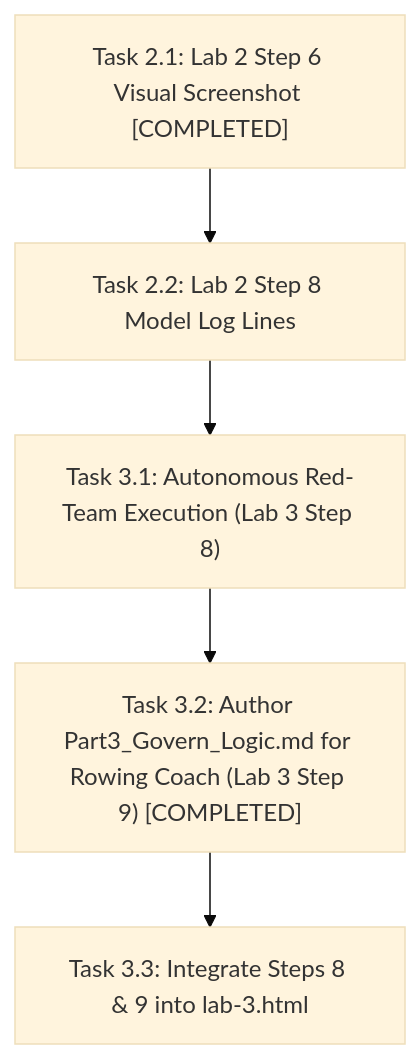
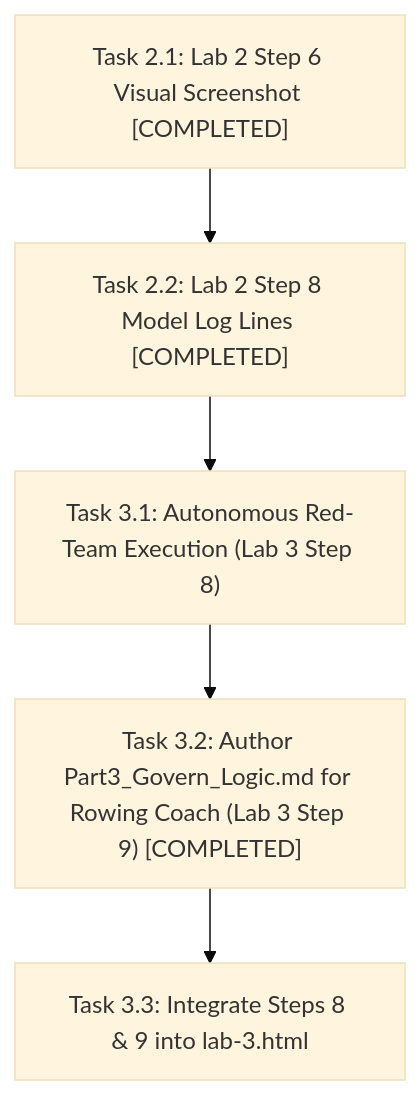
Before and after one commit to duncmon/ai-devcamp-labs: the diagram in PROGRESS.md, drawn with Mermaid (base theme). The commit also changed other lines of this file and 1 other file, not shown here.

Commit message:
docs(lab2): enrich Step 8 with Figures 8.1 & 8.2, multi-model traces, and update PROGRESS.md to 100%

````diff
--- a/PROGRESS.md
+++ b/PROGRESS.md
@@ -160,7 +160,7 @@
 ```mermaid
 flowchart TD
-    T1["Task 2.1: Lab 2 Step 6 Visual Screenshot [COMPLETED]"] --> T2["Task 2.2: Lab 2 Step 8 Model Log Lines"]
+    T1["Task 2.1: Lab 2 Step 6 Visual Screenshot [COMPLETED]"] --> T2["Task 2.2: Lab 2 Step 8 Model Log Lines [COMPLETED]"]
     T2 --> T3["Task 3.1: Autonomous Red-Team Execution (Lab 3 Step 8)"]
     T3 --> T4["Task 3.2: Author Part3_Govern_Logic.md for Rowing Coach (Lab 3 Step 9) [COMPLETED]"]
     T4 --> T5["Task 3.3: Integrate Steps 8 & 9 into lab-3.html"]
 ```
````
